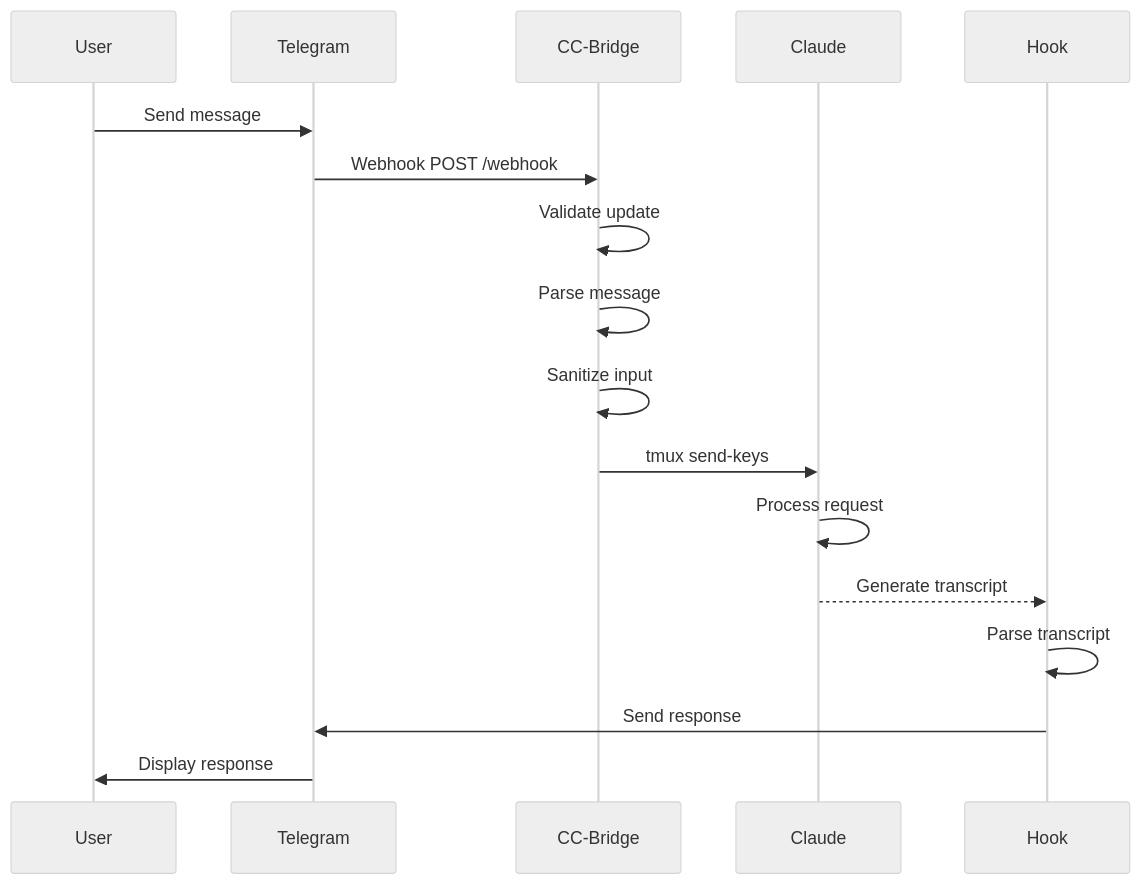
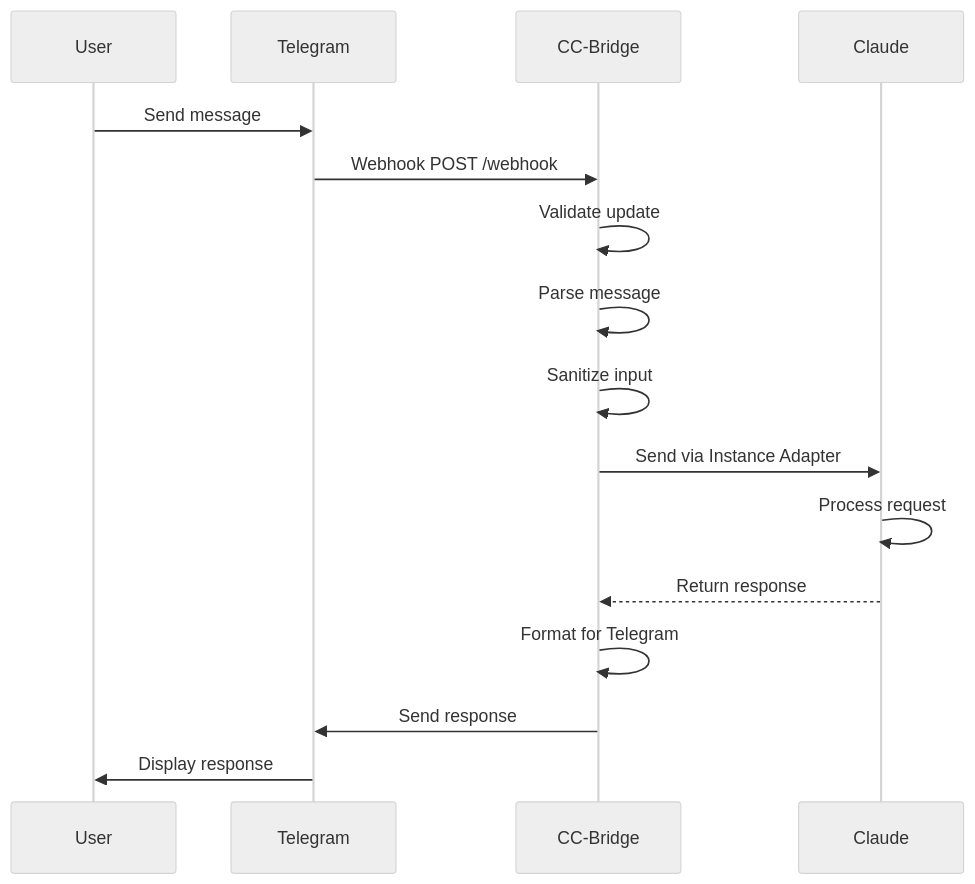
The first of 2 diagrams in docs/DEVELOPER_SPEC.md (robinmin/cc-bridge), drawn with Mermaid (neutral theme) before and after one commit. The commit also changed other lines of this file and 111 other files, not shown here.

````diff
--- a/docs/DEVELOPER_SPEC.md
+++ b/docs/DEVELOPER_SPEC.md
@@ -151,20 +163,19 @@
 ```mermaid
 sequenceDiagram
     participant User
     participant Telegram
     participant CC-Bridge
     participant Claude
-    participant Hook
 
     User->>Telegram: Send message
     Telegram->>CC-Bridge: Webhook POST /webhook
     CC-Bridge->>CC-Bridge: Validate update
     CC-Bridge->>CC-Bridge: Parse message
     CC-Bridge->>CC-Bridge: Sanitize input
-    CC-Bridge->>Claude: tmux send-keys
+    CC-Bridge->>Claude: Send via Instance Adapter
     Claude->>Claude: Process request
-    Claude-->>Hook: Generate transcript
-    Hook->>Hook: Parse transcript
-    Hook->>Telegram: Send response
+    Claude-->>CC-Bridge: Return response
+    CC-Bridge->>CC-Bridge: Format for Telegram
+    CC-Bridge->>Telegram: Send response
     Telegram->>User: Display response
 ```
````
